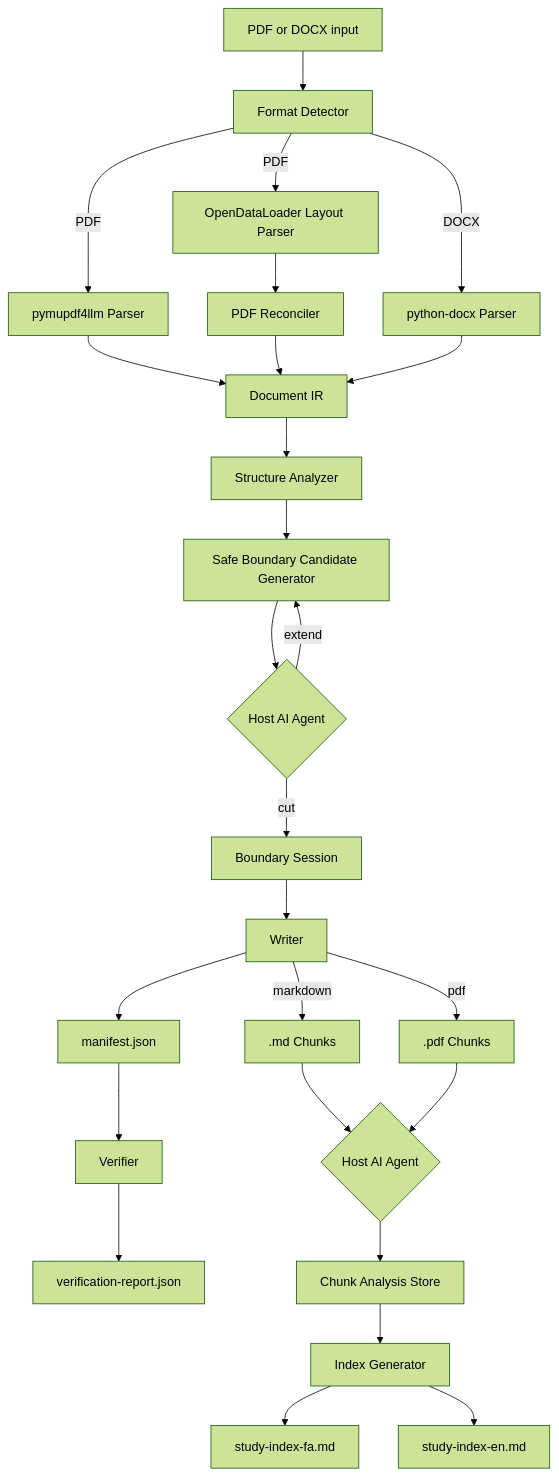
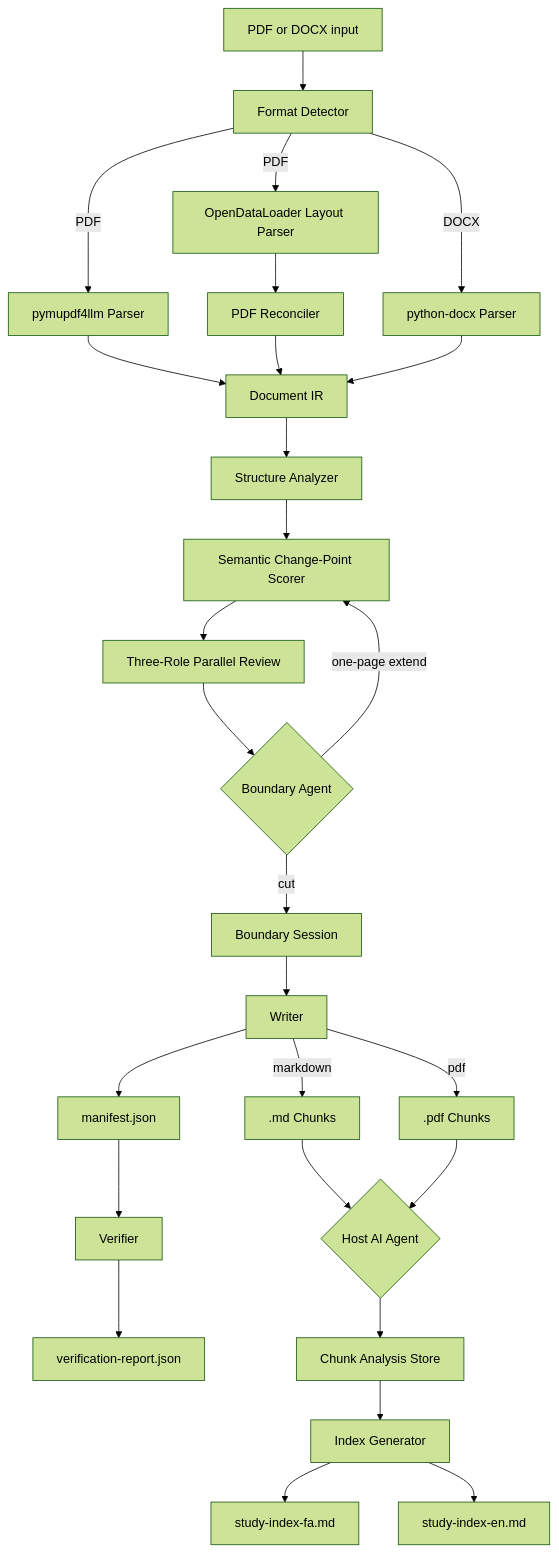
One commit to alifazelidehkordi/VeriChunk changed the diagram in README.md. Above: the diagram before and after it, drawn with Mermaid (forest theme). The commit also changed other lines of this file and 26 other files, not shown here.

Commit message:
feat: add semantic boundary engine and concurrent reviews

````diff
--- a/README.md
+++ b/README.md
@@ -61,34 +61,35 @@
 ```mermaid
 flowchart TD
     A[PDF or DOCX input] --> B[Format Detector]
 
     B -->|PDF| C[pymupdf4llm Parser]
     B -->|PDF| D[OpenDataLoader Layout Parser]
     C --> E[Document IR]
     D --> F[PDF Reconciler]
     F --> E
 
     B -->|DOCX| G[python-docx Parser]
     G --> E
 
     E --> H[Structure Analyzer]
-    H --> I[Safe Boundary Candidate Generator]
-    I --> J{Host AI Agent}
-    J -->|cut| K[Boundary Session]
-    J -->|extend| I
+    H --> I[Semantic Change-Point Scorer]
+    I --> J[Three-Role Parallel Review]
+    J --> K{Boundary Agent}
+    K -->|cut| L0[Boundary Session]
+    K -->|one-page extend| I
 
-    K --> L[Writer]
+    L0 --> L[Writer]
     L -->|markdown| M[.md Chunks]
     L -->|pdf| N[.pdf Chunks]
     L --> O[manifest.json]
 
     O --> P[Verifier]
     P --> Q[verification-report.json]
 
     M --> R{Host AI Agent}
     N --> R
     R --> S[Chunk Analysis Store]
     S --> T[Index Generator]
     T --> U[study-index-fa.md]
     T --> V[study-index-en.md]
 ```
````
